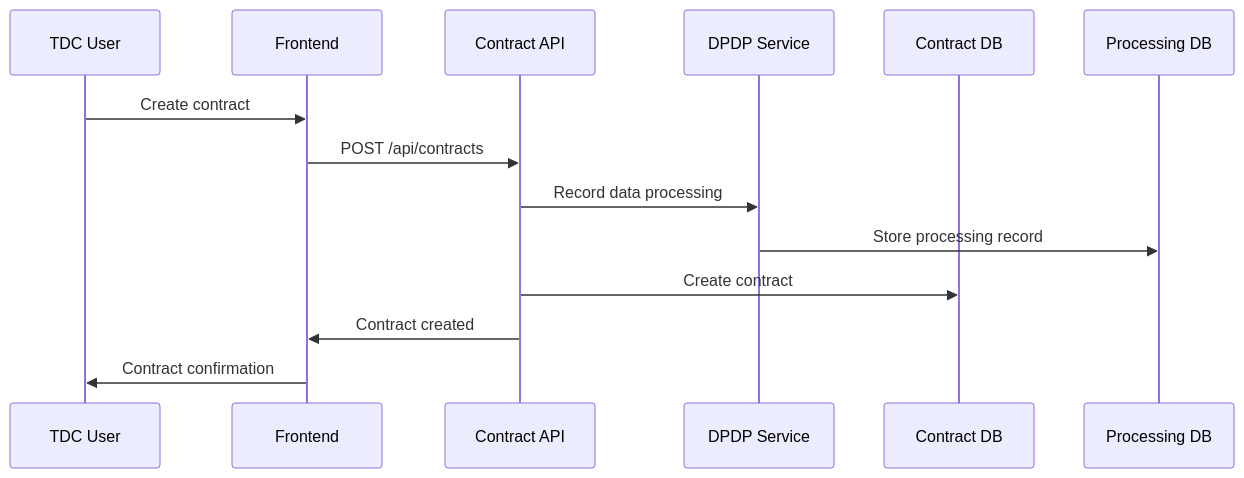
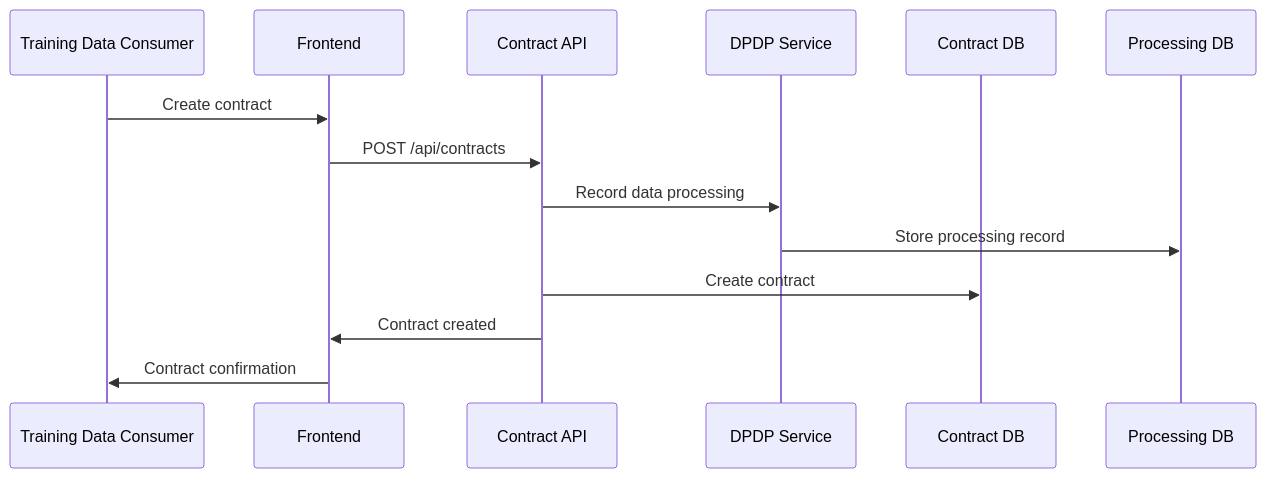
The third of 4 diagrams in docs/DPDP_INTEGRATION_DETAILED.md (gitmujoshi/Confidential-AI-Network), drawn with Mermaid before and after one commit. The commit also changed 4 other files, not shown here.

Commit message:
Update terminology consistently: TDP as Training Data Provider, TDC as Training Data Consumer, CCRP as Confidential Clean Room Provider who sets up runtime environment for data analytics or AI model training

````diff
--- a/docs/DPDP_INTEGRATION_DETAILED.md
+++ b/docs/DPDP_INTEGRATION_DETAILED.md
@@ -115,17 +115,17 @@
 ```mermaid
 sequenceDiagram
-    participant TDC as TDC User
+    participant TDC as Training Data Consumer
     participant F as Frontend
     participant C as Contract API
     participant D as DPDP Service
     participant CDB as Contract DB
     participant PDB as Processing DB
     
     TDC->>F: Create contract
     F->>C: POST /api/contracts
     C->>D: Record data processing
     D->>PDB: Store processing record
     C->>CDB: Create contract
     C->>F: Contract created
     F->>TDC: Contract confirmation
 ```
````
